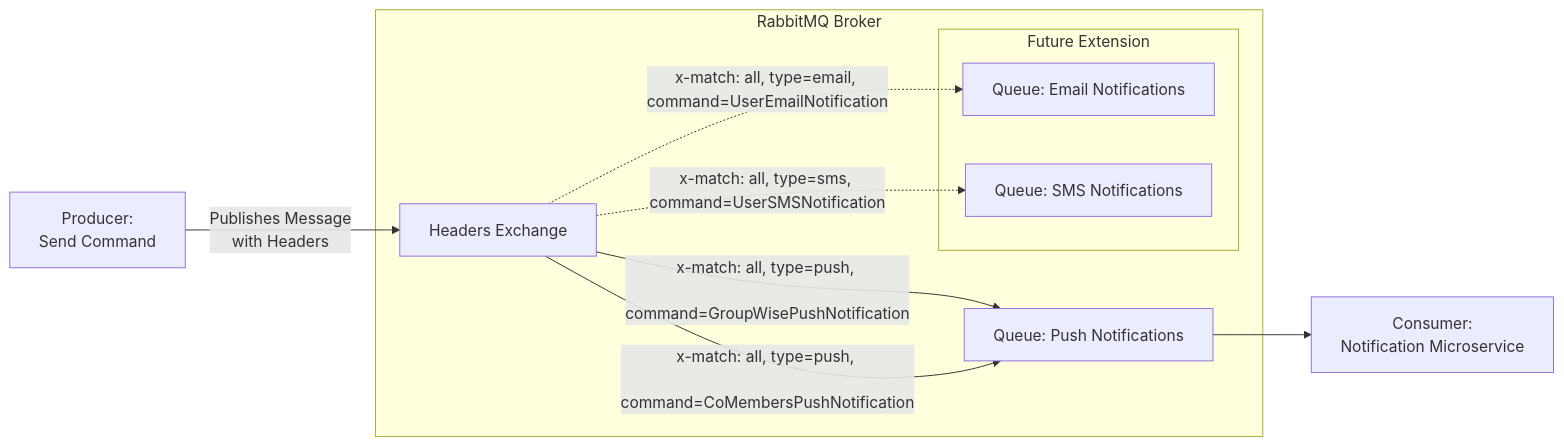
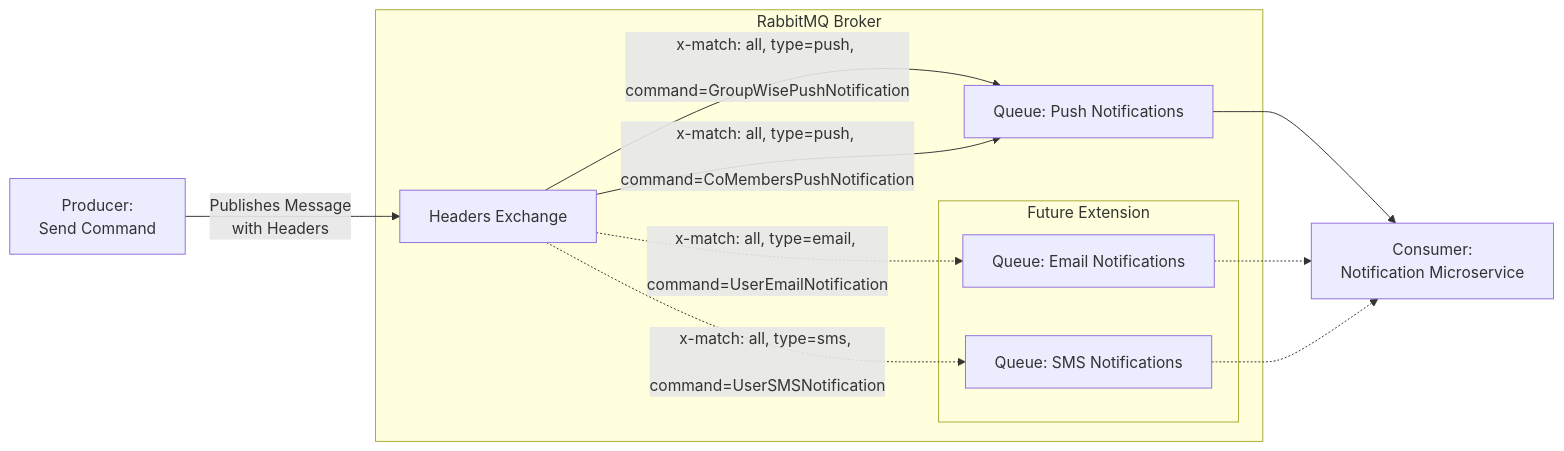
One commit to position-pal/Documentation changed the diagram in content/docs/5-implementation/2-notification-service.md. Above: the diagram before and after it, drawn with Mermaid. The commit also changed 1 other file, not shown here.

Commit message:
imporve gateway

````diff
--- a/content/docs/5-implementation/2-notification-service.md
+++ b/content/docs/5-implementation/2-notification-service.md
@@ -89,25 +89,28 @@
 ```mermaid
 graph LR
     subgraph RabbitMQ Broker
         HeadersExchange["Headers Exchange"]
         QueuePush["Queue: Push Notifications"]
 
         subgraph Future Extension
             QueueEmail["Queue: Email Notifications"]
             QueueSMS["Queue: SMS Notifications"]
         end
     end
 
     Producer["Producer: \n Send Command"]
     Microservice["Consumer: \n Notification Microservice"]
 
     Producer -- Publishes Message \nwith Headers --> HeadersExchange
 
     HeadersExchange -- "x-match: all, type=push, \n command=GroupWisePushNotification" --> QueuePush
     HeadersExchange -- "x-match: all, type=push, \n command=CoMembersPushNotification" --> QueuePush
 
     QueuePush --> Microservice
 
-    HeadersExchange -. "x-match: all, type=email, command=UserEmailNotification" .-> QueueEmail
-    HeadersExchange -. "x-match: all, type=sms, command=UserSMSNotification" .-> QueueSMS
+    HeadersExchange -. "x-match: all, type=email, \n command=UserEmailNotification" .-> QueueEmail
+    HeadersExchange -. "x-match: all, type=sms, \n command=UserSMSNotification" .-> QueueSMS
+
+    QueueEmail .-> Microservice
+    QueueSMS .-> Microservice
 ```
````
